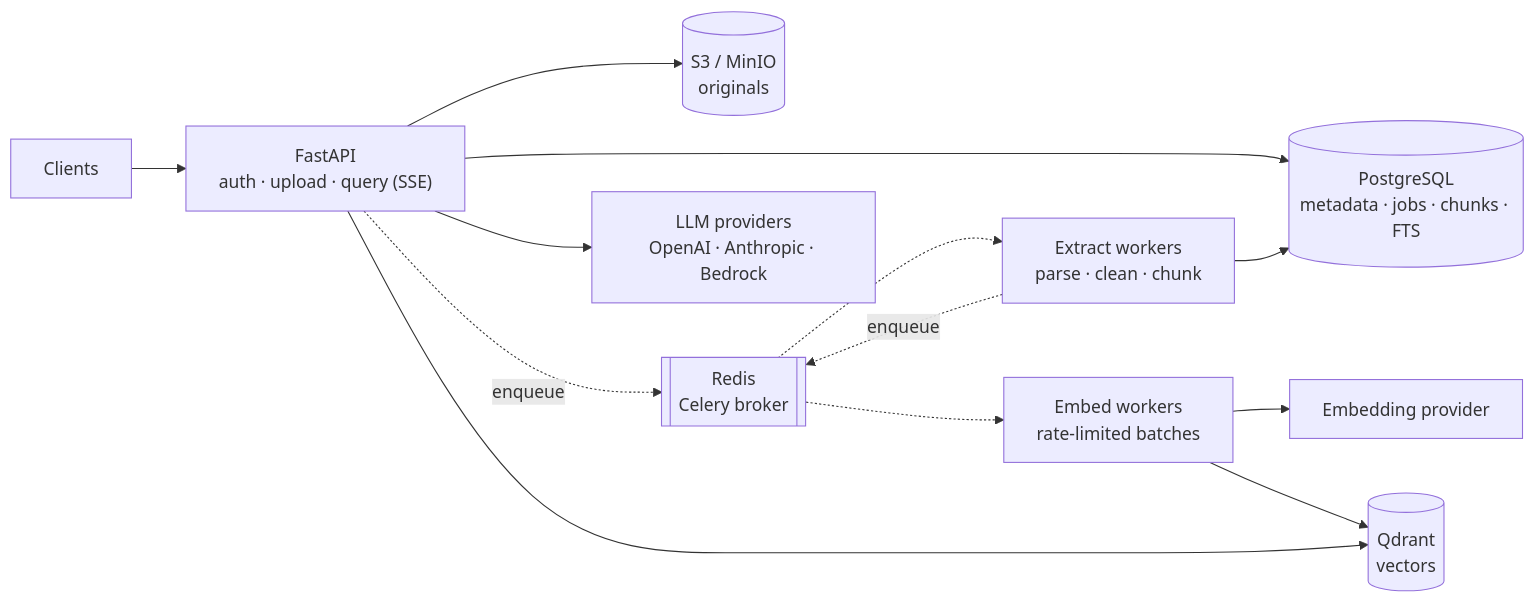
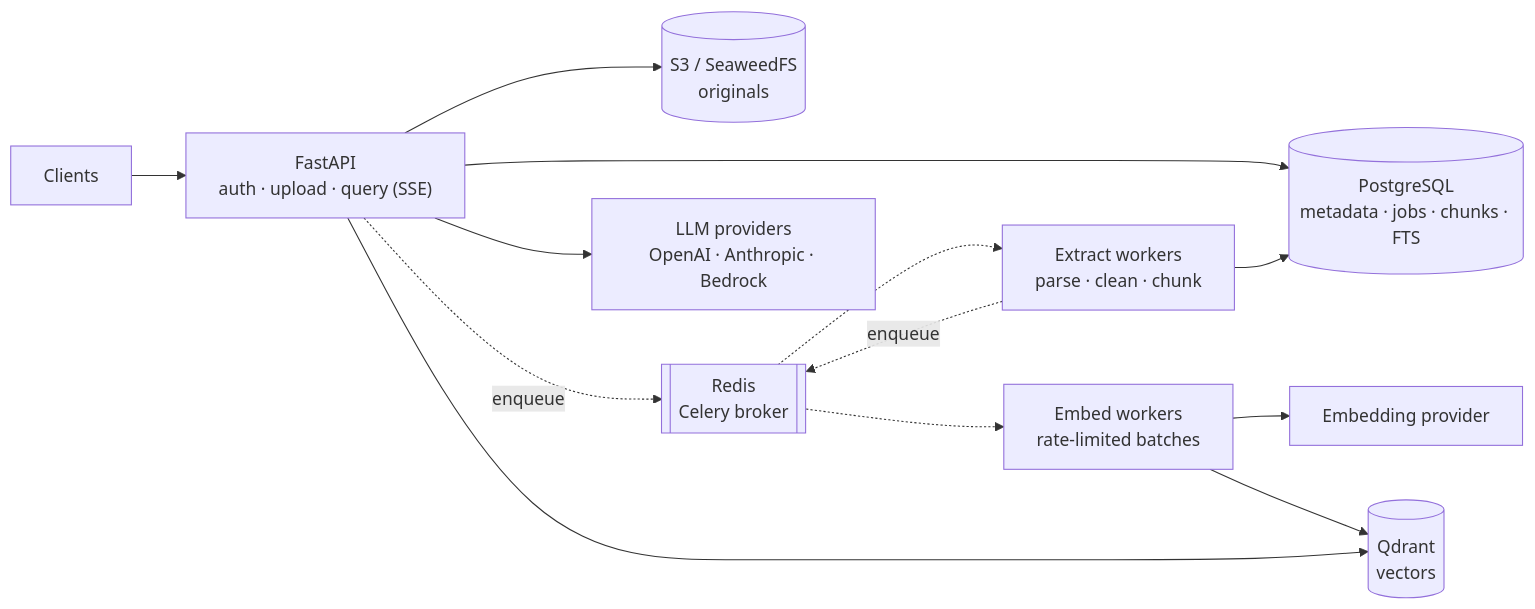
Before and after one commit to iprime2/nexus-rag: the diagram in README.md, drawn with Mermaid. The commit also changed other lines of this file and 10 other files, not shown here.

````diff
--- a/README.md
+++ b/README.md
@@ -17,15 +17,15 @@
 ```mermaid
 flowchart LR
     C["Clients"] --> API["FastAPI<br/>auth · upload · query (SSE)"]
-    API --> OS[("S3 / MinIO<br/>originals")]
+    API --> OS[("S3 / SeaweedFS<br/>originals")]
     API --> PG[("PostgreSQL<br/>metadata · jobs · chunks · FTS")]
     API -. enqueue .-> R[["Redis<br/>Celery broker"]]
     R -.-> WX["Extract workers<br/>parse · clean · chunk"]
     WX --> PG
     WX -. enqueue .-> R
     R -.-> WE["Embed workers<br/>rate-limited batches"]
     WE --> EMB["Embedding provider"]
     WE --> QD[("Qdrant<br/>vectors")]
     API --> QD
     API --> LLM["LLM providers<br/>OpenAI · Anthropic · Bedrock"]
 ```
````
